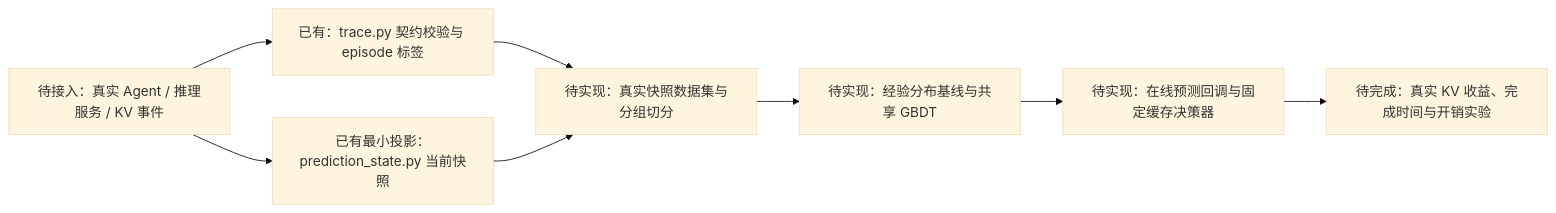
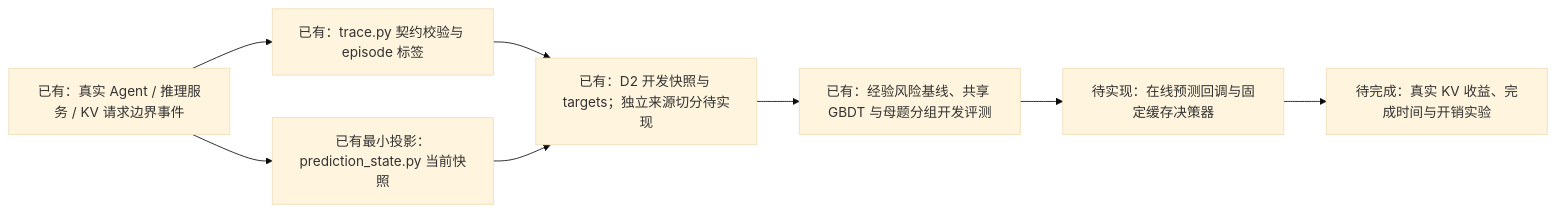
Before and after one commit to takayaxu/leasepath: the diagram in README.md, drawn with Mermaid (base theme). The commit also changed other lines of this file and 232 other files, not shown here.

````diff
--- a/README.md
+++ b/README.md
@@ -52,10 +87,10 @@
 ```mermaid
 flowchart LR
-    A["待接入：真实 Agent / 推理服务 / KV 事件"] --> B["已有：trace.py 契约校验与 episode 标签"]
+    A["已有：真实 Agent / 推理服务 / KV 请求边界事件"] --> B["已有：trace.py 契约校验与 episode 标签"]
     A --> C["已有最小投影：prediction_state.py 当前快照"]
-    B --> D["待实现：真实快照数据集与分组切分"]
+    B --> D["已有：D2 开发快照与 targets；独立来源切分待实现"]
     C --> D
-    D --> E["待实现：经验分布基线与共享 GBDT"]
+    D --> E["已有：经验风险基线、共享 GBDT 与母题分组开发评测"]
     E --> F["待实现：在线预测回调与固定缓存决策器"]
     F --> G["待完成：真实 KV 收益、完成时间与开销实验"]
 ```
````
